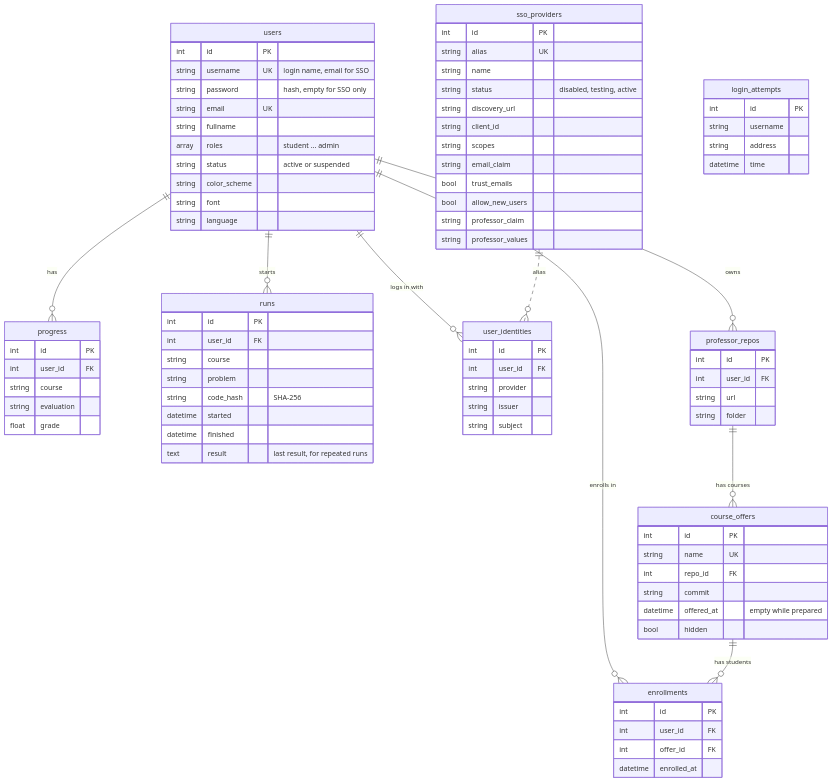
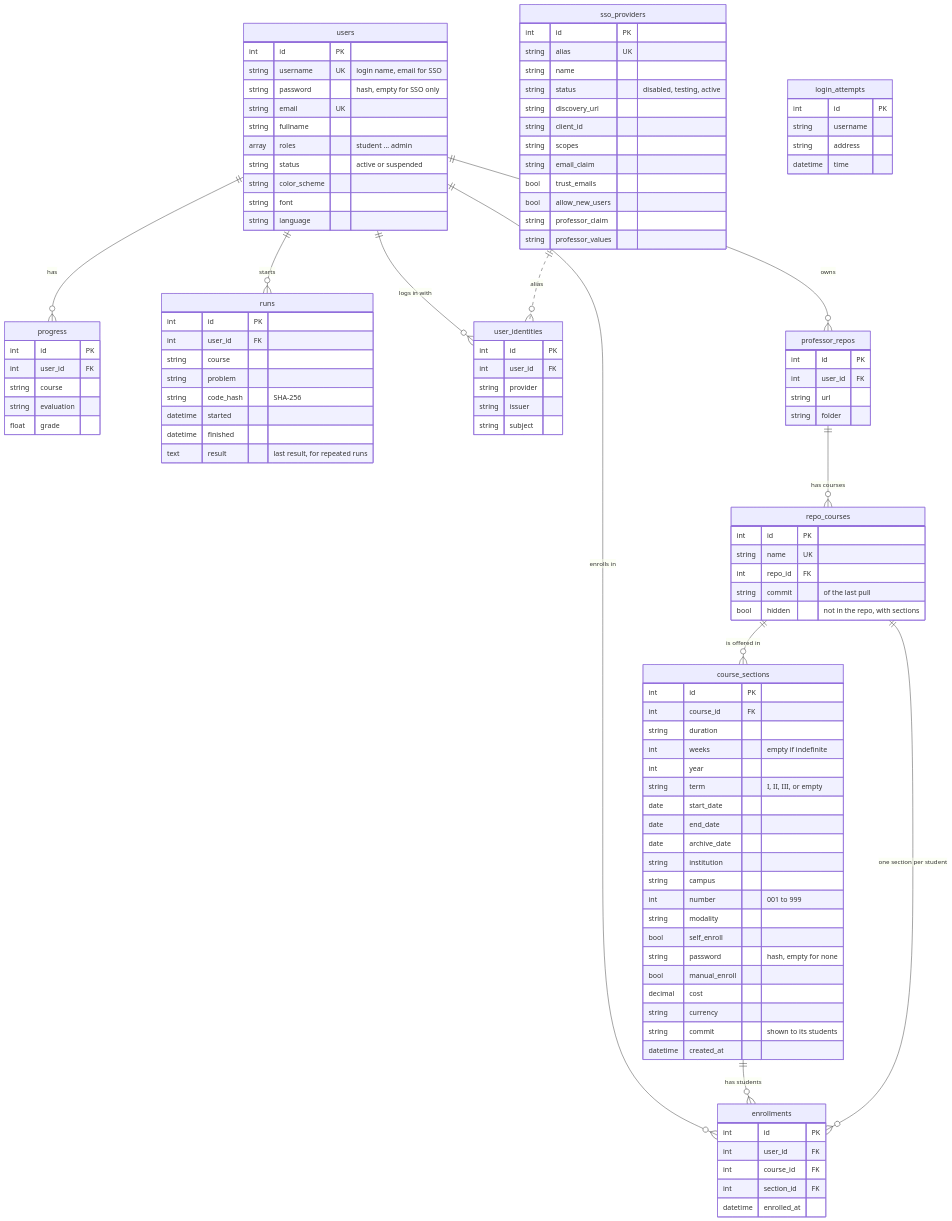
Before and after one commit to citic/vygoj: the diagram in frontend/design/database.mmd, drawn with Mermaid. The commit also changed 26 other files, not shown here.

First line of the commit message:
Offer courses in sections (groups)

```diff
--- a/frontend/design/database.mmd
+++ b/frontend/design/database.mmd
@@ -1,88 +1,113 @@
 %% Tables of the frontend in PostgreSQL. Tables with data of users delete it with the user
-%% (ON DELETE CASCADE). Courses are in git repos; the database only has their offers
+%% (ON DELETE CASCADE). Courses are in git repos; the database has the courses found in them, and
+%% their sections (groups) with their students
 erDiagram
     users ||--o{ progress : "has"
     users ||--o{ runs : "starts"
     users ||--o{ user_identities : "logs in with"
     users ||--o{ professor_repos : "owns"
     users ||--o{ enrollments : "enrolls in"
-    professor_repos ||--o{ course_offers : "has courses"
-    course_offers ||--o{ enrollments : "has students"
+    professor_repos ||--o{ repo_courses : "has courses"
+    repo_courses ||--o{ course_sections : "is offered in"
+    course_sections ||--o{ enrollments : "has students"
+    repo_courses ||--o{ enrollments : "one section per student"
     sso_providers ||..o{ user_identities : "alias"
 
     users {
         int id PK
         string username UK "login name, email for SSO"
         string password "hash, empty for SSO only"
         string email UK
         string fullname
         array roles "student ... admin"
         string status "active or suspended"
         string color_scheme
         string font
         string language
     }
     progress {
         int id PK
         int user_id FK
         string course
         string evaluation
         float grade
     }
     runs {
         int id PK
         int user_id FK
         string course
         string problem
         string code_hash "SHA-256"
         datetime started
         datetime finished
         text result "last result, for repeated runs"
     }
     login_attempts {
         int id PK
         string username
         string address
         datetime time
     }
     sso_providers {
         int id PK
         string alias UK
         string name
         string status "disabled, testing, active"
         string discovery_url
         string client_id
         string scopes
         string email_claim
         bool trust_emails
         bool allow_new_users
         string professor_claim
         string professor_values
     }
     user_identities {
         int id PK
         int user_id FK
         string provider
         string issuer
         string subject
     }
     professor_repos {
         int id PK
         int user_id FK
         string url
         string folder
     }
-    course_offers {
+    repo_courses {
         int id PK
         string name UK
         int repo_id FK
-        string commit
-        datetime offered_at "empty while prepared"
-        bool hidden
+        string commit "of the last pull"
+        bool hidden "not in the repo, with sections"
+    }
+    course_sections {
+        int id PK
+        int course_id FK
+        string duration
+        int weeks "empty if indefinite"
+        int year
+        string term "I, II, III, or empty"
+        date start_date
+        date end_date
+        date archive_date
+        string institution
+        string campus
+        int number "001 to 999"
+        string modality
+        bool self_enroll
+        string password "hash, empty for none"
+        bool manual_enroll
+        decimal cost
+        string currency
+        string commit "shown to its students"
+        datetime created_at
     }
     enrollments {
         int id PK
         int user_id FK
-        int offer_id FK
+        int course_id FK
+        int section_id FK
         datetime enrolled_at
     }
```
